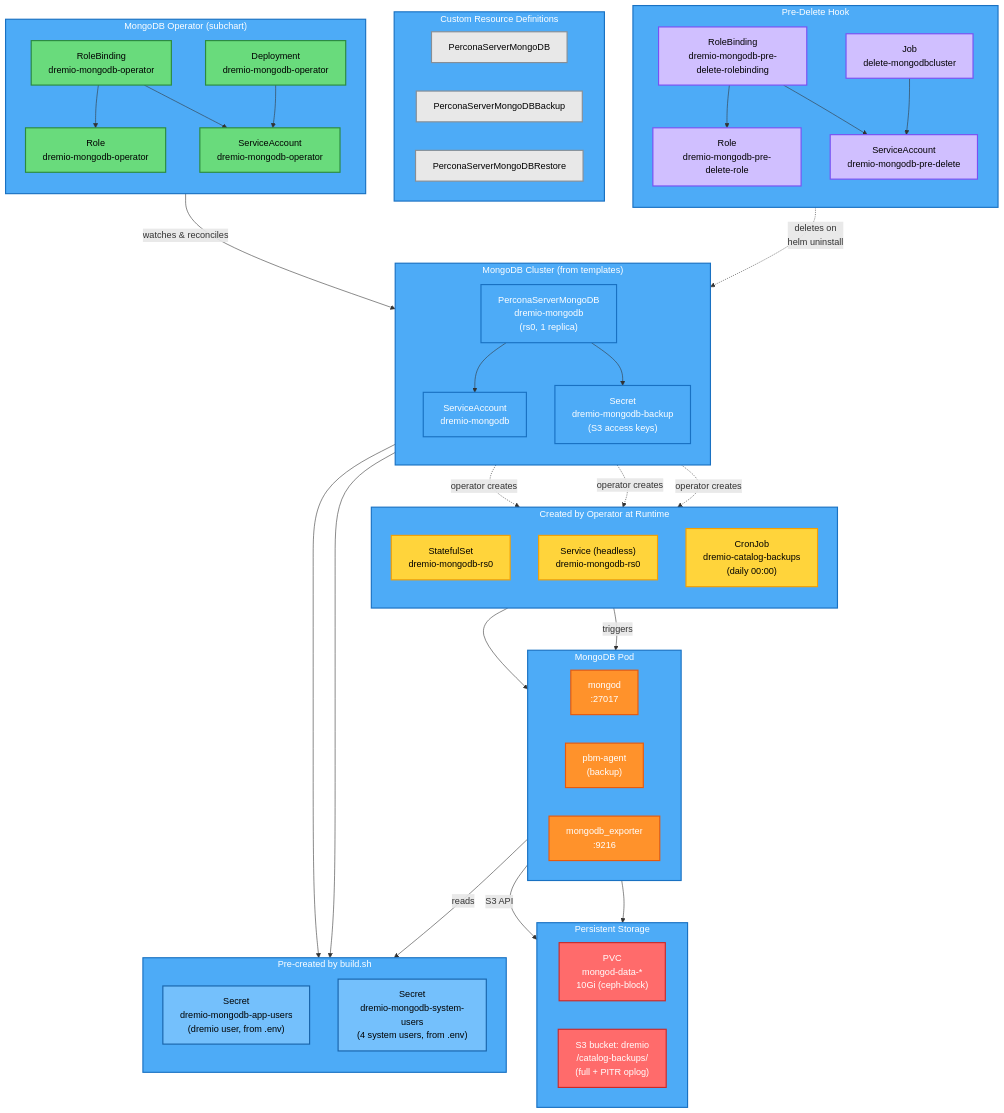
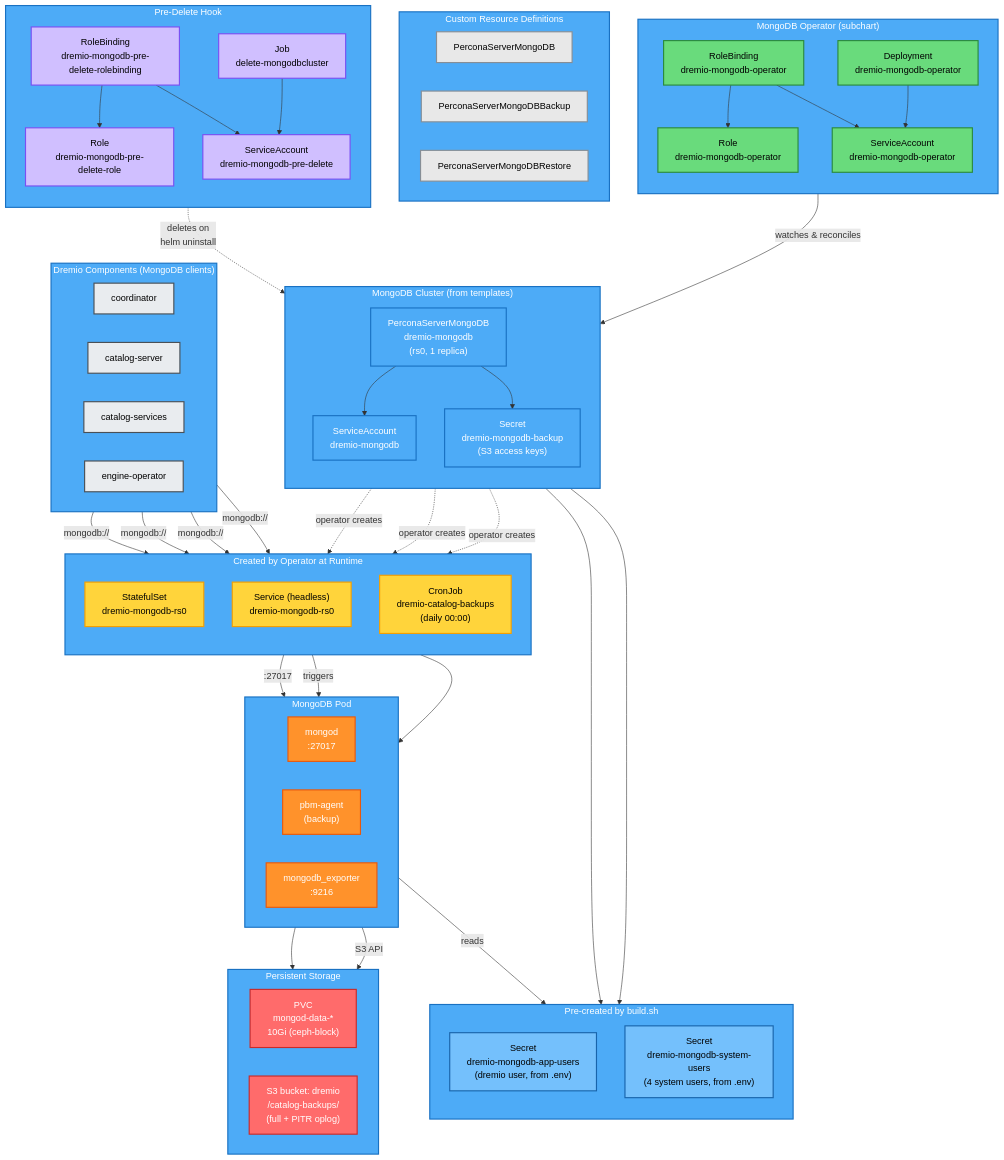
The diagram in components/dremio/docs/MONGODB.md (rammi-dev/data-k8s-playground), drawn with Mermaid before and after one commit. The commit also changed other lines of this file, not shown here.

Commit message:
mongosetup docs

```diff
--- a/components/dremio/docs/MONGODB.md
+++ b/components/dremio/docs/MONGODB.md
@@ -57,6 +57,14 @@
         direction TB
         AppSecret2["Secret<br/>dremio-mongodb-app-users<br/>(dremio user, from .env)"]
         SysSecret["Secret<br/>dremio-mongodb-system-users<br/>(4 system users, from .env)"]
+    end
+
+    subgraph Clients["Dremio Components (MongoDB clients)"]
+        direction LR
+        Coord["coordinator"]
+        CatSrv["catalog-server"]
+        CatSvc["catalog-services"]
+        EngOp["engine-operator"]
     end
 
     subgraph Pods["MongoDB Pod"]
@@ -100,6 +108,15 @@
     %% StatefulSet runs pods
     STS --> Pods
 
+    %% Service routes to pods
+    SVC -->|":27017"| Mongod
+
+    %% Dremio components connect via headless Service
+    Coord -->|"mongodb://"| SVC
+    CatSrv -->|"mongodb://"| SVC
+    CatSvc -->|"mongodb://"| SVC
+    EngOp -->|"mongodb://"| SVC
+
     %% Pod storage
     Mongod --> PVC
     PBM -->|"S3 API"| S3
@@ -123,7 +140,9 @@
     classDef storage fill:#ff6b6b,stroke:#c92a2a,stroke-width:2px,color:#fff
     classDef hook fill:#d0bfff,stroke:#7950f2,stroke-width:2px,color:#000
     classDef precreated fill:#74c0fc,stroke:#1864ab,stroke-width:2px,color:#000
+    classDef client fill:#e9ecef,stroke:#495057,stroke-width:2px,color:#000
 
+    class Coord,CatSrv,CatSvc,EngOp client
     class OpDeploy,OpSA,OpRole,OpRB operator
     class CRD1,CRD2,CRD3 crd
     class PSMDB,MongSA,BackupSecret cluster
```
